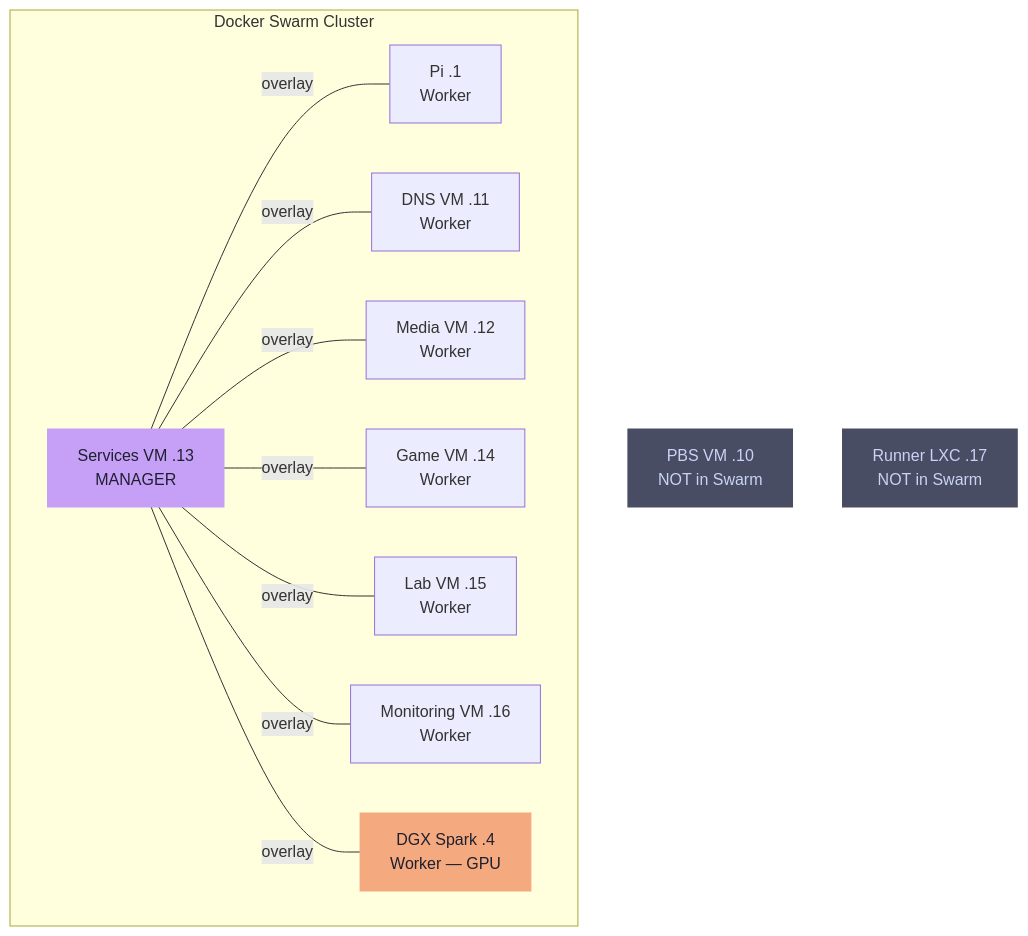
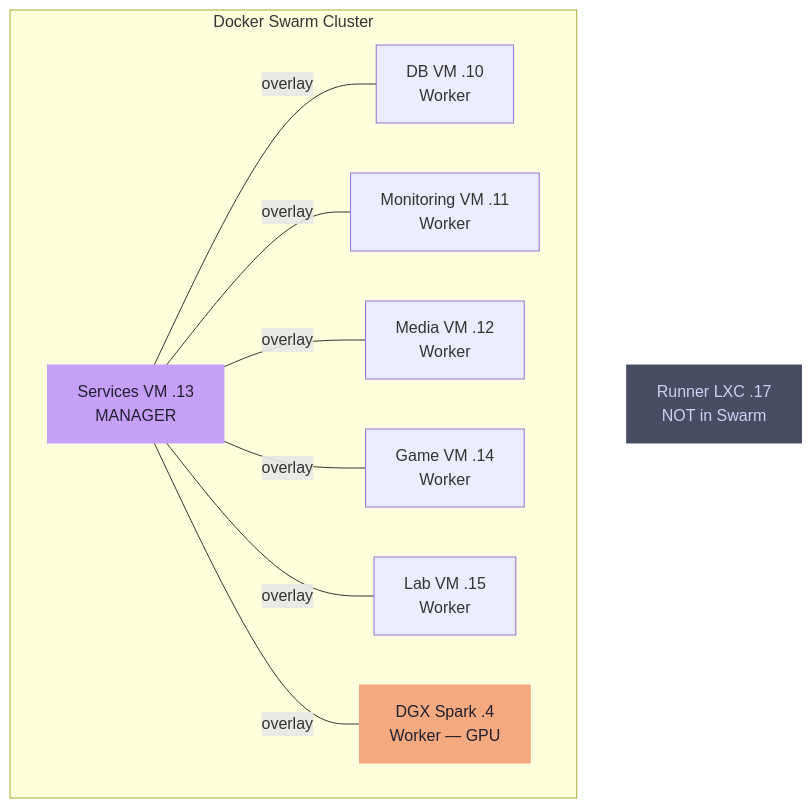
One commit to lucid-void/homelab changed the diagram in docs/stack/compute.md. Above: the diagram before and after it, drawn with Mermaid. The commit also changed other lines of this file and 6 other files, not shown here.

````diff
--- a/docs/stack/compute.md
+++ b/docs/stack/compute.md
@@ -27,22 +26,19 @@
 ```mermaid
 graph TB
     subgraph Swarm["Docker Swarm Cluster"]
         MGR[Services VM .13<br/>MANAGER]
 
-        MGR ---|overlay| W1[Pi .1<br/>Worker]
-        MGR ---|overlay| W2[DNS VM .11<br/>Worker]
+        MGR ---|overlay| W1[DB VM .10<br/>Worker]
+        MGR ---|overlay| W2[Monitoring VM .11<br/>Worker]
         MGR ---|overlay| W3[Media VM .12<br/>Worker]
         MGR ---|overlay| W4[Game VM .14<br/>Worker]
         MGR ---|overlay| W5[Lab VM .15<br/>Worker]
-        MGR ---|overlay| W6[Monitoring VM .16<br/>Worker]
-        MGR ---|overlay| W7[DGX Spark .4<br/>Worker — GPU]
+        MGR ---|overlay| W6[DGX Spark .4<br/>Worker — GPU]
     end
 
-    PBS[PBS VM .10<br/>NOT in Swarm]
     LXC[Runner LXC .17<br/>NOT in Swarm]
 
     style MGR fill:#c6a0f6,stroke:#c6a0f6,color:#1e2030
-    style W7 fill:#f5a97f,stroke:#f5a97f,color:#1e2030
-    style PBS fill:#494d64,stroke:#494d64,color:#cad3f5
+    style W6 fill:#f5a97f,stroke:#f5a97f,color:#1e2030
     style LXC fill:#494d64,stroke:#494d64,color:#cad3f5
 ```
````
